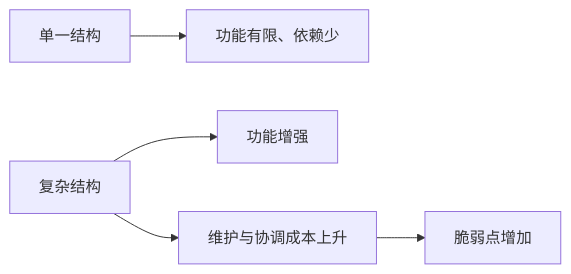
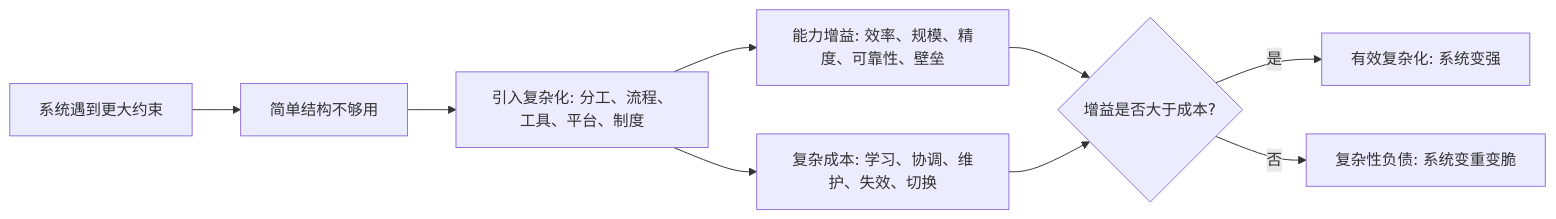
One commit to digoal/blog changed the diagram in 202605/20260518_50.md. Above: the diagram before and after it, drawn with Mermaid. The commit also changed other lines of this file and 16 other files, not shown here.

````diff
--- a/202605/20260518_50.md
+++ b/202605/20260518_50.md
@@ -22,7 +22,11 @@
 ```mermaid
 flowchart LR
-  A["单一结构"] --> B["功能有限、依赖少"]
-  C["复杂结构"] --> D["功能增强"]
-  C --> E["维护与协调成本上升"]
-  E --> F["脆弱点增加"]
+  A["系统遇到更大约束"] --> B["简单结构不够用"]
+  B --> C["引入复杂化: 分工、流程、工具、平台、制度"]
+  C --> D["能力增益: 效率、规模、精度、可靠性、壁垒"]
+  C --> E["复杂成本: 学习、协调、维护、失效、切换"]
+  D --> F{"增益是否大于成本?"}
+  E --> F
+  F -- "是" --> G["有效复杂化: 系统变强"]
+  F -- "否" --> H["复杂性负债: 系统变重变脆"]
 ```
````
